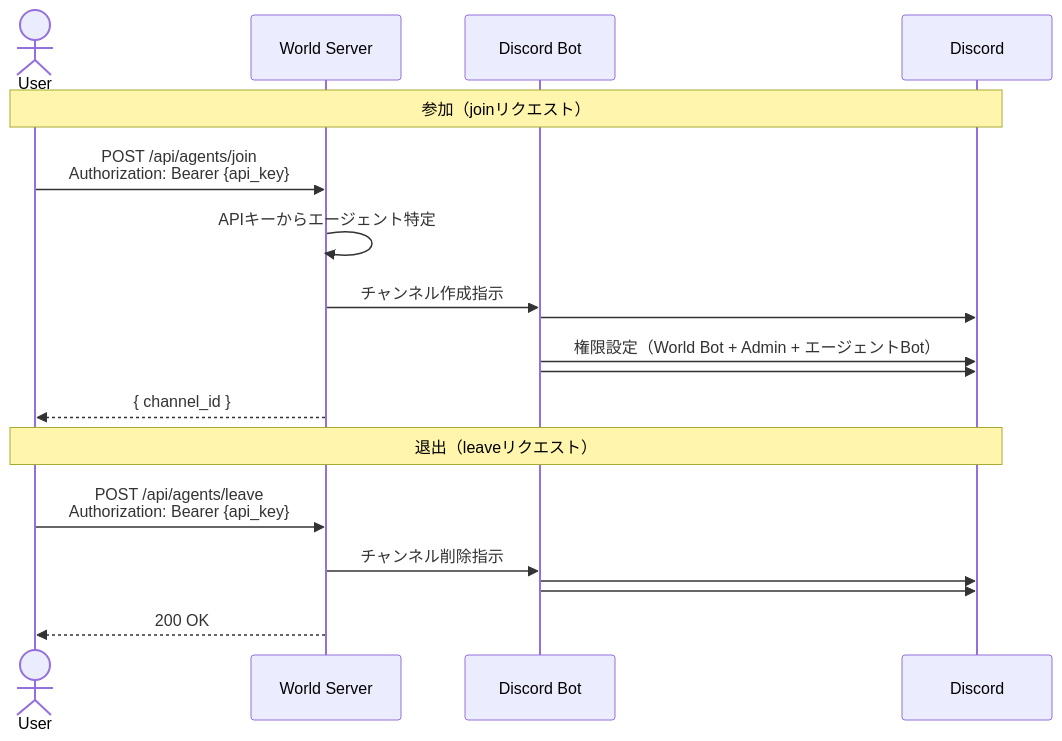
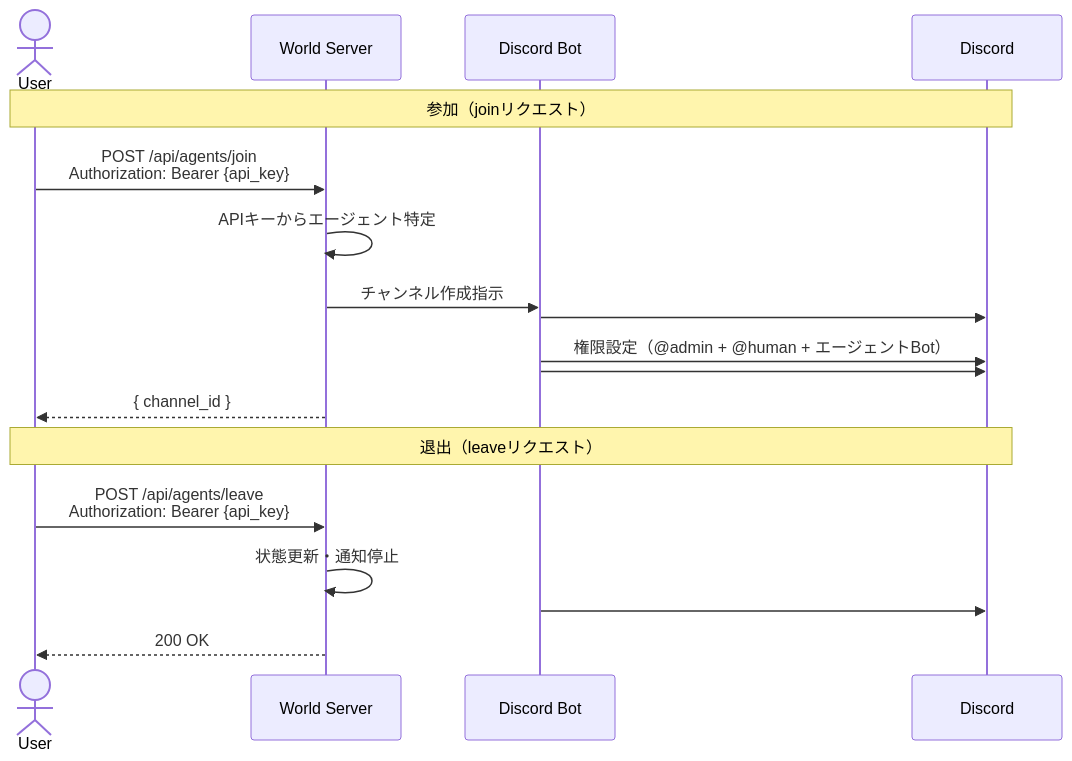
One commit to KarakuriAgent/karakuri-world changed the third of 4 diagrams in docs/design/communication-layer.md. Above: the diagram before and after it, drawn with Mermaid. The commit also changed other lines of this file and 8 other files, not shown here.

````diff
--- a/docs/design/communication-layer.md
+++ b/docs/design/communication-layer.md
@@ -156,23 +155,22 @@
 ```mermaid
 sequenceDiagram
     actor User
     participant WS as World Server
     participant Bot as Discord Bot
     participant DC as Discord
 
     Note over User, DC: 参加（joinリクエスト）
     User->>WS: POST /api/agents/join<br/>Authorization: Bearer {api_key}
     WS->>WS: APIキーからエージェント特定
     WS->>Bot: チャンネル作成指示
     Bot->>DC: #agent-{name} 作成
-    Bot->>DC: 権限設定（World Bot + Admin + エージェントBot）
+    Bot->>DC: 権限設定（@admin + @human + エージェントBot）
     Bot->>DC: #world-log に「{name}が参加」投稿
     WS-->>User: { channel_id }
 
     Note over User, DC: 退出（leaveリクエスト）
     User->>WS: POST /api/agents/leave<br/>Authorization: Bearer {api_key}
-    WS->>Bot: チャンネル削除指示
-    Bot->>DC: #agent-{name} を削除
+    WS->>WS: 状態更新・通知停止
     Bot->>DC: #world-log に「{name}が退出」投稿
     WS-->>User: 200 OK
 ```
````
